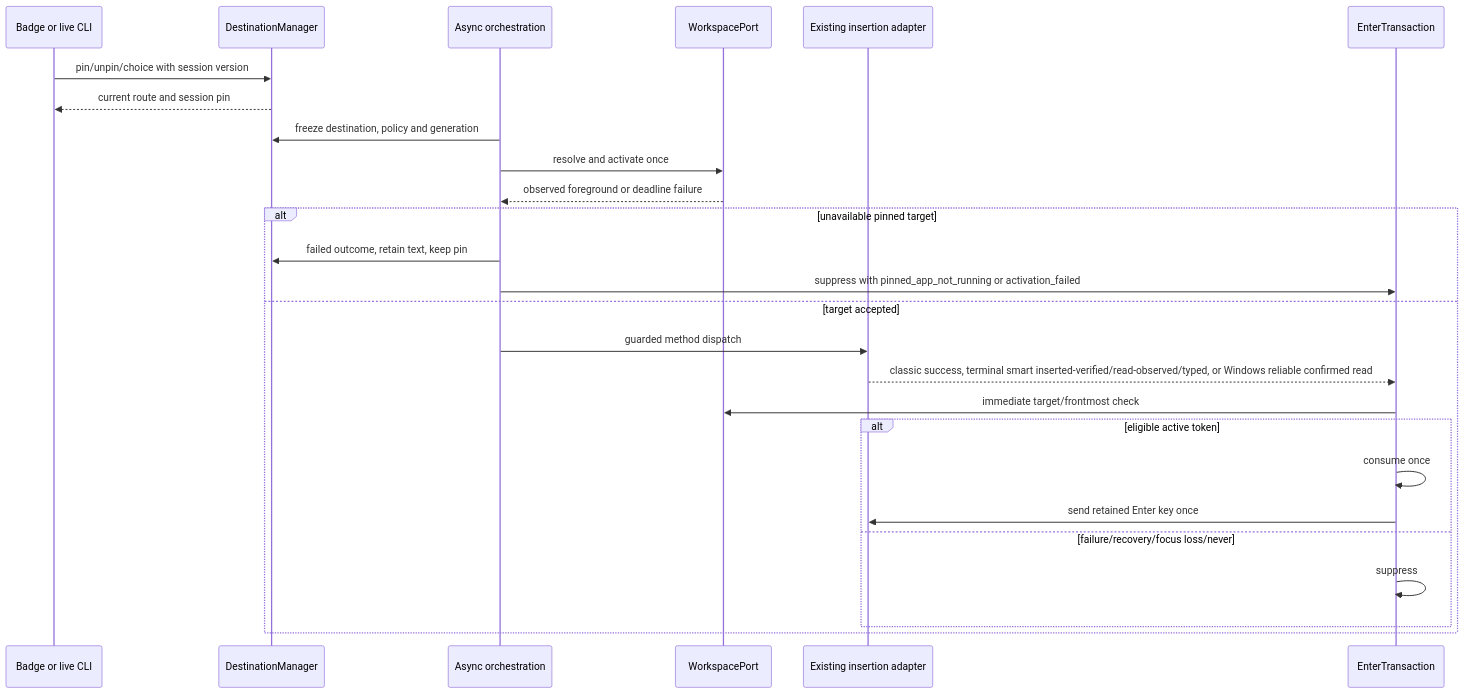
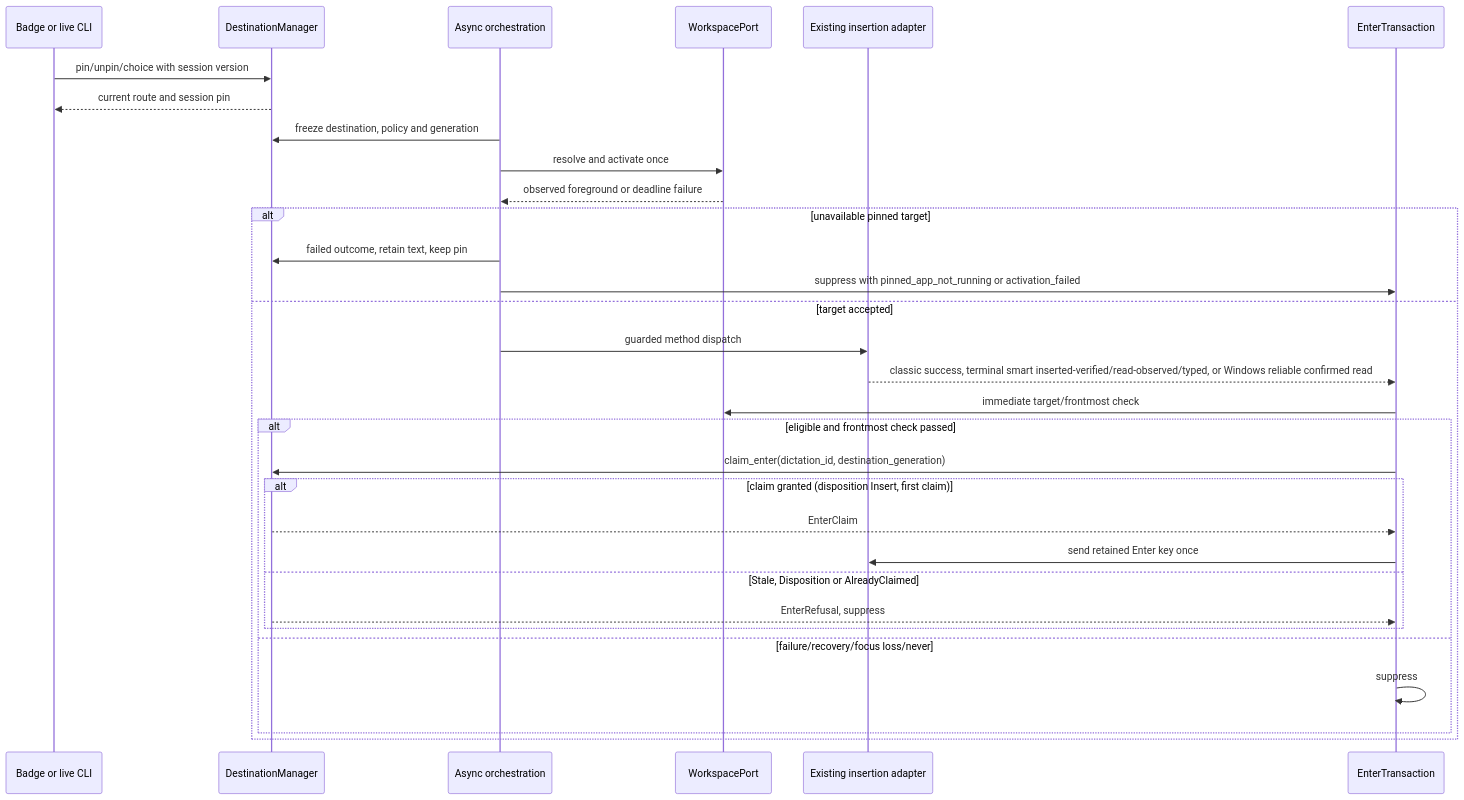
Before and after one commit to julien-m/handy: the first of 4 diagrams in .specs/features/009-pin-mode-and-enter-rule/plan.md, drawn with Mermaid. The commit also changed other lines of this file and 4 other files, not shown here.

First line of the commit message:
docs: put pin mode and the Enter rule behind the destination-return gate (009)

````diff
--- a/.specs/features/009-pin-mode-and-enter-rule/plan.md
+++ b/.specs/features/009-pin-mode-and-enter-rule/plan.md
@@ -191,28 +214,33 @@
 ```mermaid
 sequenceDiagram
   participant UI as Badge or live CLI
   participant Manager as DestinationManager
   participant Worker as Async orchestration
   participant OS as WorkspacePort
   participant Paste as Existing insertion adapter
   participant Enter as EnterTransaction
   UI->>Manager: pin/unpin/choice with session version
   Manager-->>UI: current route and session pin
   Worker->>Manager: freeze destination, policy and generation
   Worker->>OS: resolve and activate once
   OS-->>Worker: observed foreground or deadline failure
   alt unavailable pinned target
     Worker->>Manager: failed outcome, retain text, keep pin
     Worker->>Enter: suppress with pinned_app_not_running or activation_failed
   else target accepted
     Worker->>Paste: guarded method dispatch
     Paste-->>Enter: classic success, terminal smart inserted-verified/read-observed/typed, or Windows reliable confirmed read
     Enter->>OS: immediate target/frontmost check
-    alt eligible active token
-      Enter->>Enter: consume once
-      Enter->>Paste: send retained Enter key once
+    alt eligible and frontmost check passed
+      Enter->>Manager: claim_enter(dictation_id, destination_generation)
+      alt claim granted (disposition Insert, first claim)
+        Manager-->>Enter: EnterClaim
+        Enter->>Paste: send retained Enter key once
+      else Stale, Disposition or AlreadyClaimed
+        Manager-->>Enter: EnterRefusal, suppress
+      end
     else failure/recovery/focus loss/never
       Enter->>Enter: suppress
     end
   end
 ```
````
